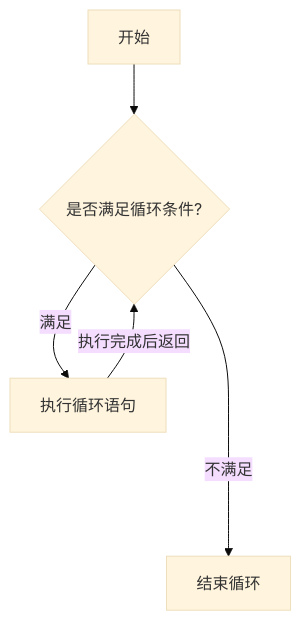
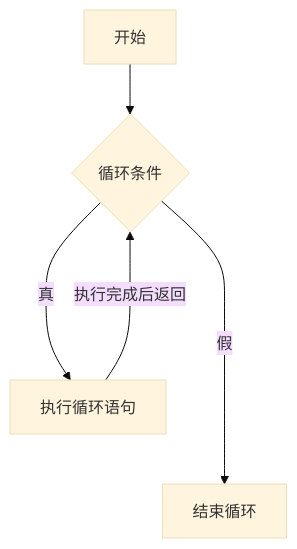
Before and after one commit to leixwang/vue.github.io: the diagram in markdown/clang/loop.md, drawn with Mermaid (base theme). The commit also changed other lines of this file and 6 other files, not shown here.

````diff
--- a/markdown/clang/loop.md
+++ b/markdown/clang/loop.md
@@ -83,7 +83,7 @@
 ```mermaid
-flowchart TD
-    A[开始] --> B{是否满足循环条件?}
-    B -- 满足 --> C[执行循环语句]
+flowchart
+    A[开始] --> B{循环条件}
+    B -- 真 o--> C[执行循环语句]
     C -- 执行完成后返回 --> B
-    B -- 不满足 ----> D[结束循环]
+    B -- 假 ----> D[结束循环]
 ```
````
